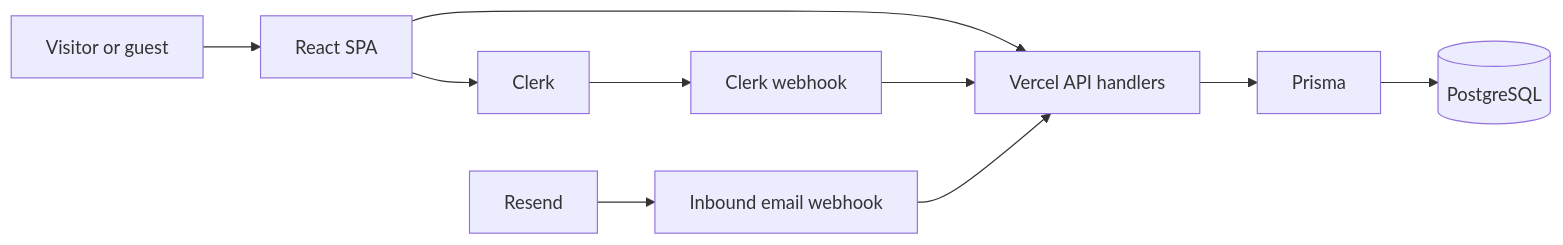
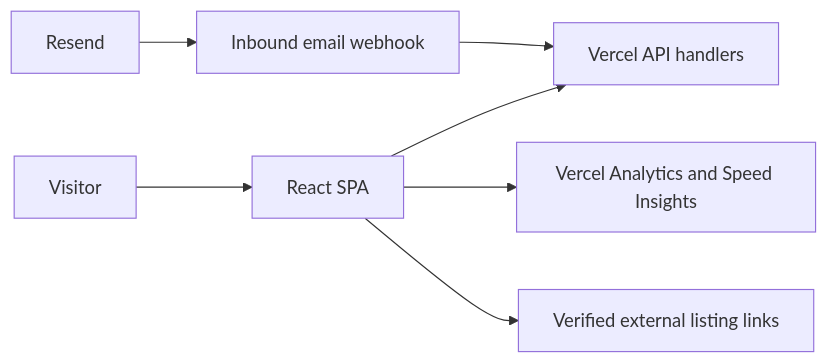
One commit to rrcampbell-exe/druids-den changed the diagram in docs/ai/architecture.md. Above: the diagram before and after it, drawn with Mermaid. The commit also changed other lines of this file and 11 other files, not shown here.

Commit message:
docs: document externally managed rental flows

````diff
--- a/docs/ai/architecture.md
+++ b/docs/ai/architecture.md
@@ -13,12 +16,9 @@
 ```mermaid
 flowchart LR
-  Visitor[Visitor or guest] --> Client[React SPA]
-  Client --> Clerk[Clerk]
+  Visitor[Visitor] --> Client[React SPA]
   Client --> API[Vercel API handlers]
-  API --> Prisma[Prisma]
-  Prisma --> Database[(PostgreSQL)]
-  Clerk --> Webhook[Clerk webhook]
-  Webhook --> API
   Resend[Resend] --> Inbound[Inbound email webhook]
   Inbound --> API
+  Client --> Analytics[Vercel Analytics and Speed Insights]
+  Client --> Listings[Verified external listing links]
 ```
````
